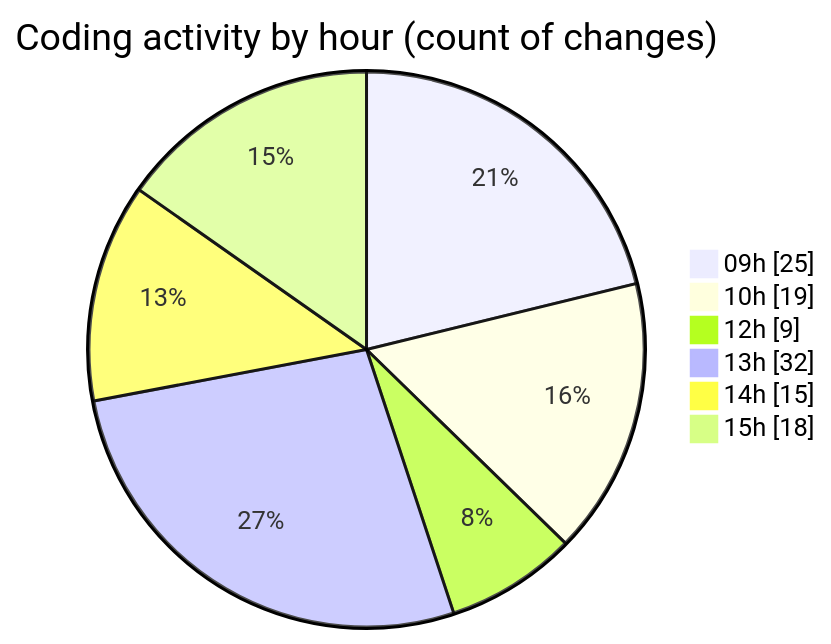
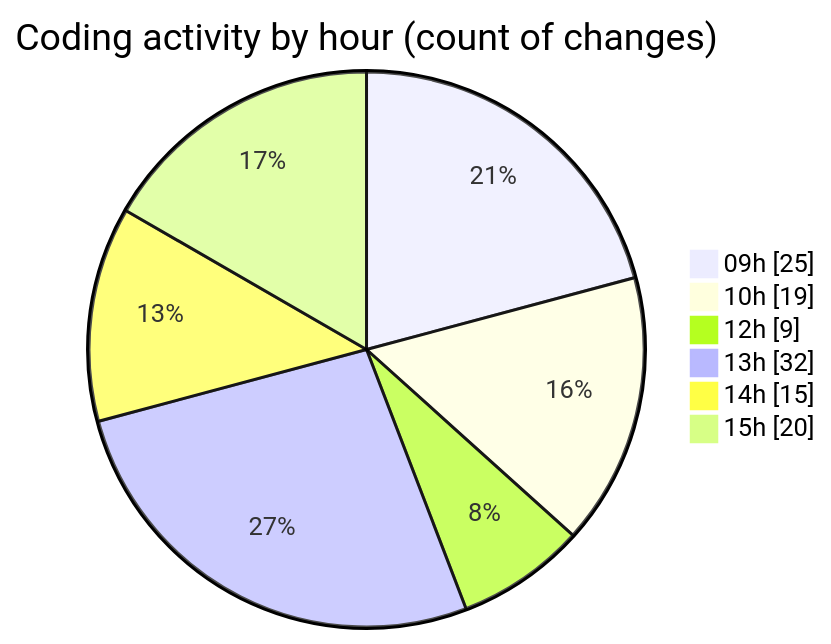
One commit to momahboobian/code-tracking changed the second of 2 diagrams in 2025-08-19/cda/README.md. Above: the diagram before and after it, drawn with Mermaid. The commit also changed other lines of this file and 1 other file, not shown here.

````diff
--- a/2025-08-19/cda/README.md
+++ b/2025-08-19/cda/README.md
@@ -57,10 +58,10 @@
 ```mermaid
 pie showData
 title Coding activity by hour (count of changes)
 "09h" : 25
 "10h" : 19
 "12h" : 9
 "13h" : 32
 "14h" : 15
-"15h" : 18
+"15h" : 20
 ```
````
